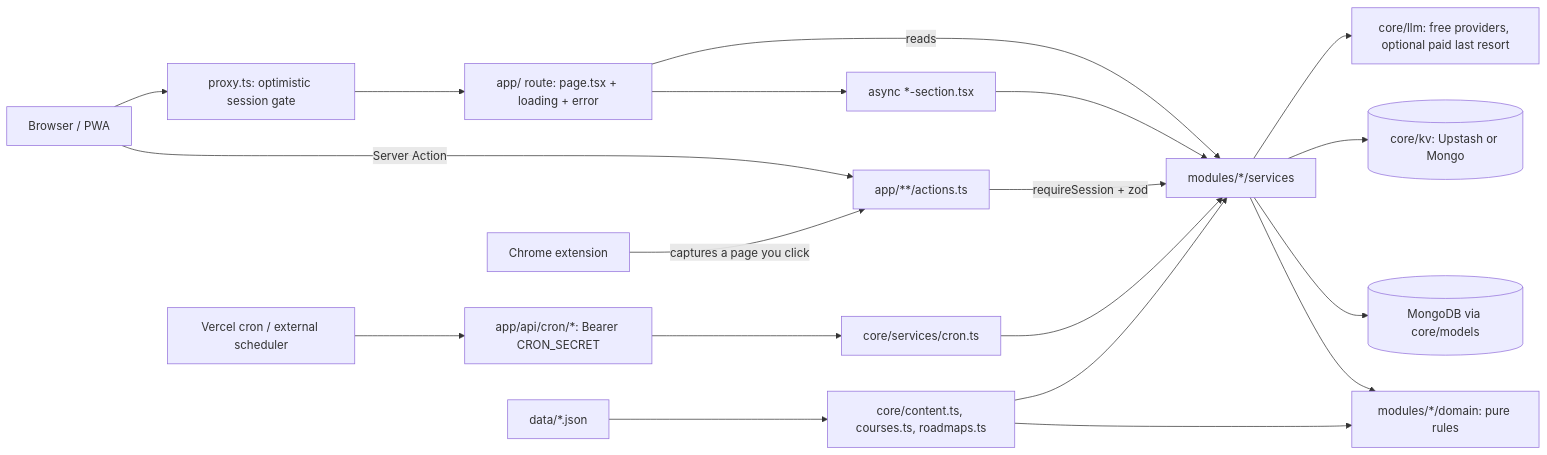
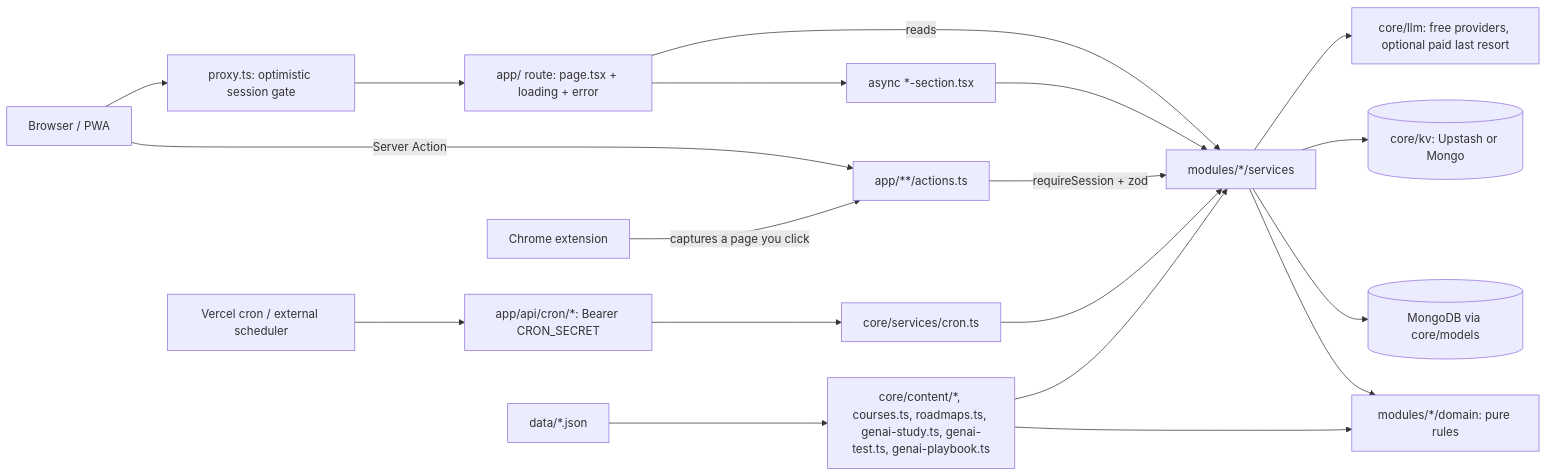
Before and after one commit to ft-kumarsatyam/Interview-Prep: the diagram in docs/STRUCTURE.md, drawn with Mermaid. The commit also changed other lines of this file and 257 other files, not shown here.

````diff
--- a/docs/STRUCTURE.md
+++ b/docs/STRUCTURE.md
@@ -11,21 +11,21 @@
 ```mermaid
 flowchart LR
   B[Browser / PWA] --> P[proxy.ts: optimistic session gate]
   P --> RSC[app/ route: page.tsx + loading + error]
   RSC -->|reads| SVC[modules/*/services]
   RSC --> SEC[async *-section.tsx]
   SEC --> SVC
   B -->|Server Action| ACT[app/**/actions.ts]
   ACT -->|requireSession + zod| SVC
   CRON[Vercel cron / external scheduler] --> API[app/api/cron/*: Bearer CRON_SECRET]
   API --> CS[core/services/cron.ts]
   CS --> SVC
   SVC --> DOM[modules/*/domain: pure rules]
   SVC --> DB[(MongoDB via core/models)]
   SVC --> KV[(core/kv: Upstash or Mongo)]
   SVC --> LLM[core/llm: free providers, optional paid last resort]
   EXT[Chrome extension] -->|captures a page you click| ACT
-  DATA[data/*.json] --> LOAD[core/content.ts, courses.ts, roadmaps.ts]
+  DATA[data/*.json] --> LOAD[core/content/*, courses.ts, roadmaps.ts, genai-study.ts, genai-test.ts, genai-playbook.ts]
   LOAD --> DOM
   LOAD --> SVC
 ```
````
